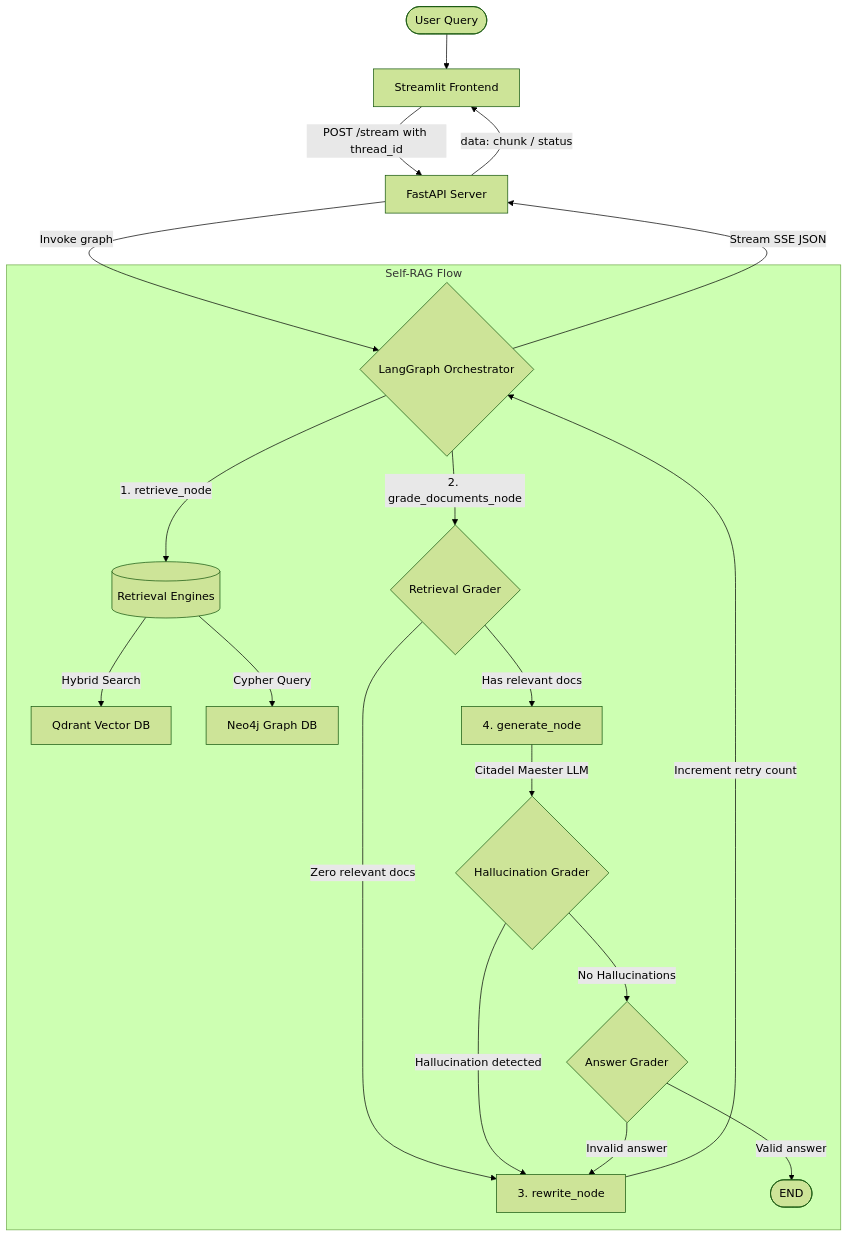
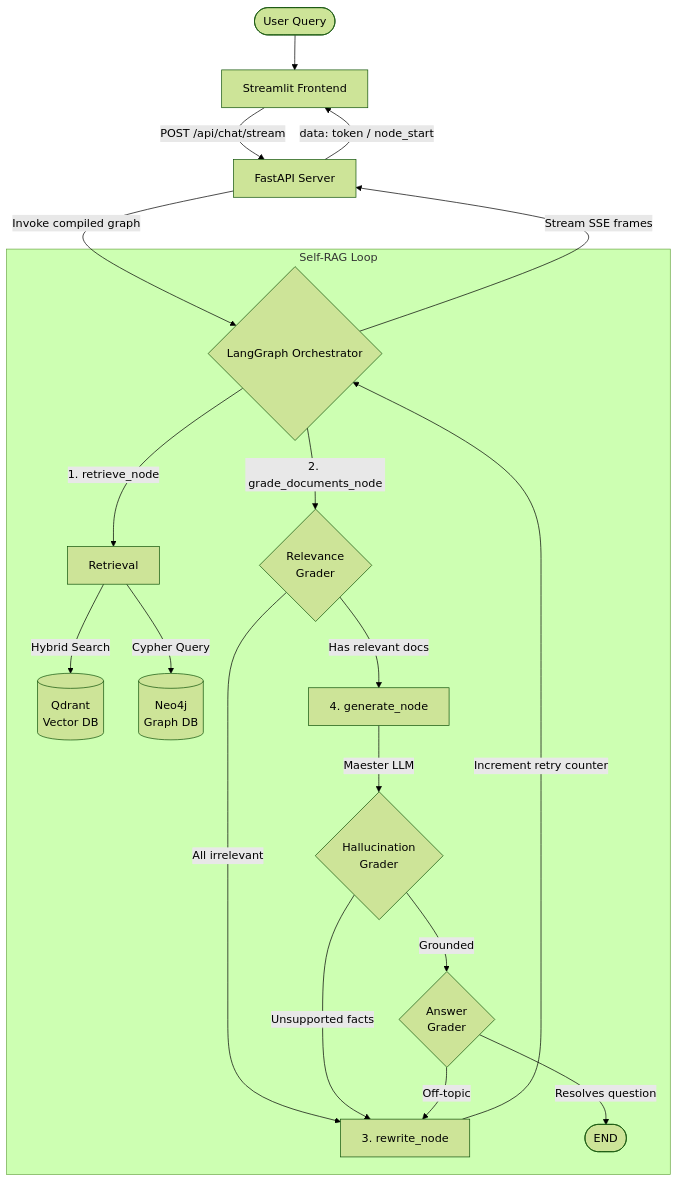
The diagram in README.md (E-YAML/Citadel-Archival-Search), drawn with Mermaid (forest theme) before and after one commit. The commit also changed other lines of this file, not shown here.

First line of the commit message:
Revise README with full docs, setup, and architecture

````diff
--- a/README.md
+++ b/README.md
@@ -32,28 +37,28 @@
 ```mermaid
 graph TD
     User([User Query]) --> Streamlit[Streamlit Frontend]
-    Streamlit -->|POST /stream with thread_id| FastAPI[FastAPI Server]
-    FastAPI -->|Invoke graph| LangGraph{LangGraph Orchestrator}
-    
-    subgraph Self-RAG Flow
-        LangGraph -->|1. retrieve_node| DBs[(Retrieval Engines)]
-        DBs -->|Hybrid Search| Qdrant[Qdrant Vector DB]
-        DBs -->|Cypher Query| Neo4j[Neo4j Graph DB]
-        
-        LangGraph -->|2. grade_documents_node| Grader{Retrieval Grader}
-        Grader -->|Zero relevant docs| Rewrite[3. rewrite_node]
-        Rewrite -->|Increment retry count| LangGraph
-        
-        Grader -->|Has relevant docs| Generate[4. generate_node]
-        Generate -->|Citadel Maester LLM| HallucinationGrader{Hallucination Grader}
-        
-        HallucinationGrader -->|Hallucination detected| Rewrite
-        HallucinationGrader -->|No Hallucinations| AnswerGrader{Answer Grader}
-        
-        AnswerGrader -->|Valid answer| EndNode([END])
-        AnswerGrader -->|Invalid answer| Rewrite
+    Streamlit -->|POST /api/chat/stream| FastAPI[FastAPI Server]
+    FastAPI -->|Invoke compiled graph| LangGraph{LangGraph Orchestrator}
+
+    subgraph Self-RAG Loop
+        LangGraph -->|1. retrieve_node| Retrieval
+        Retrieval -->|Hybrid Search| Qdrant[(Qdrant\nVector DB)]
+        Retrieval -->|Cypher Query| Neo4j[(Neo4j\nGraph DB)]
+
+        LangGraph -->|2. grade_documents_node| DocGrader{Relevance\nGrader}
+        DocGrader -->|All irrelevant| Rewrite[3. rewrite_node]
+        DocGrader -->|Has relevant docs| Generator[4. generate_node]
+
+        Rewrite -->|Increment retry counter| LangGraph
+
+        Generator -->|Maester LLM| HallucGrader{Hallucination\nGrader}
+        HallucGrader -->|Unsupported facts| Rewrite
+        HallucGrader -->|Grounded| AnsGrader{Answer\nGrader}
+
+        AnsGrader -->|Resolves question| EndNode([END])
+        AnsGrader -->|Off-topic| Rewrite
     end
-    
-    LangGraph -->|Stream SSE JSON| FastAPI
-    FastAPI -->|data: chunk / status| Streamlit
+
+    LangGraph -->|Stream SSE frames| FastAPI
+    FastAPI -->|data: token / node_start| Streamlit
 ```
````
